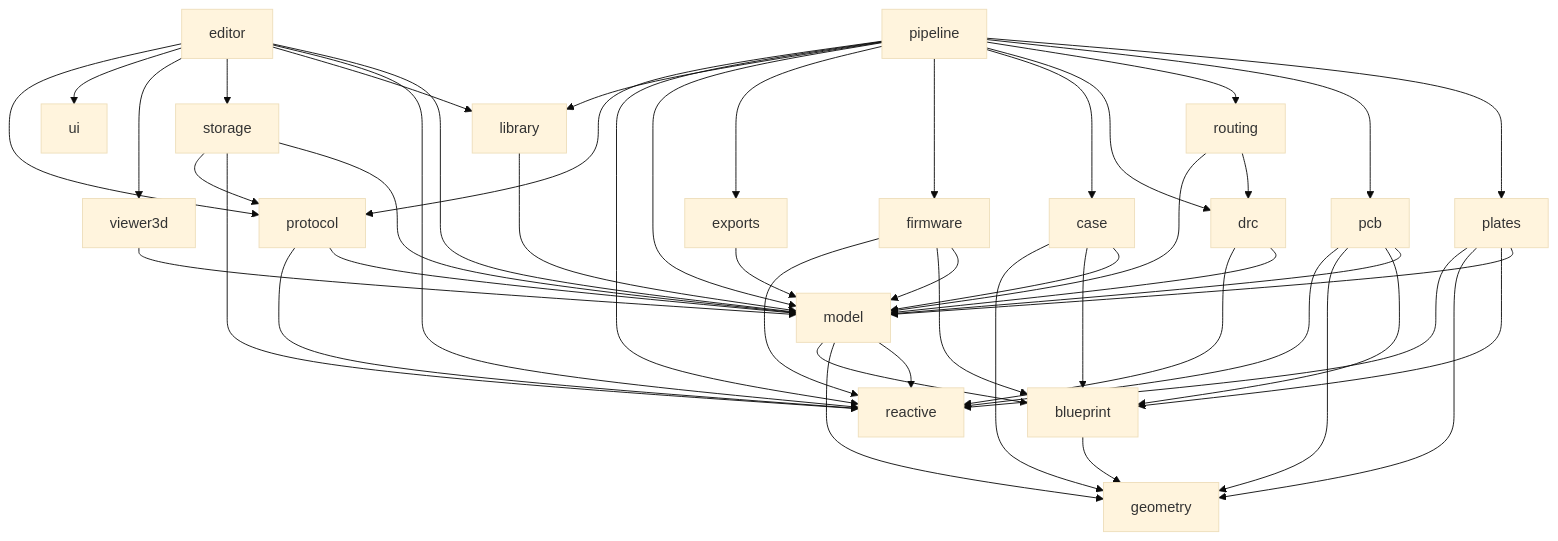
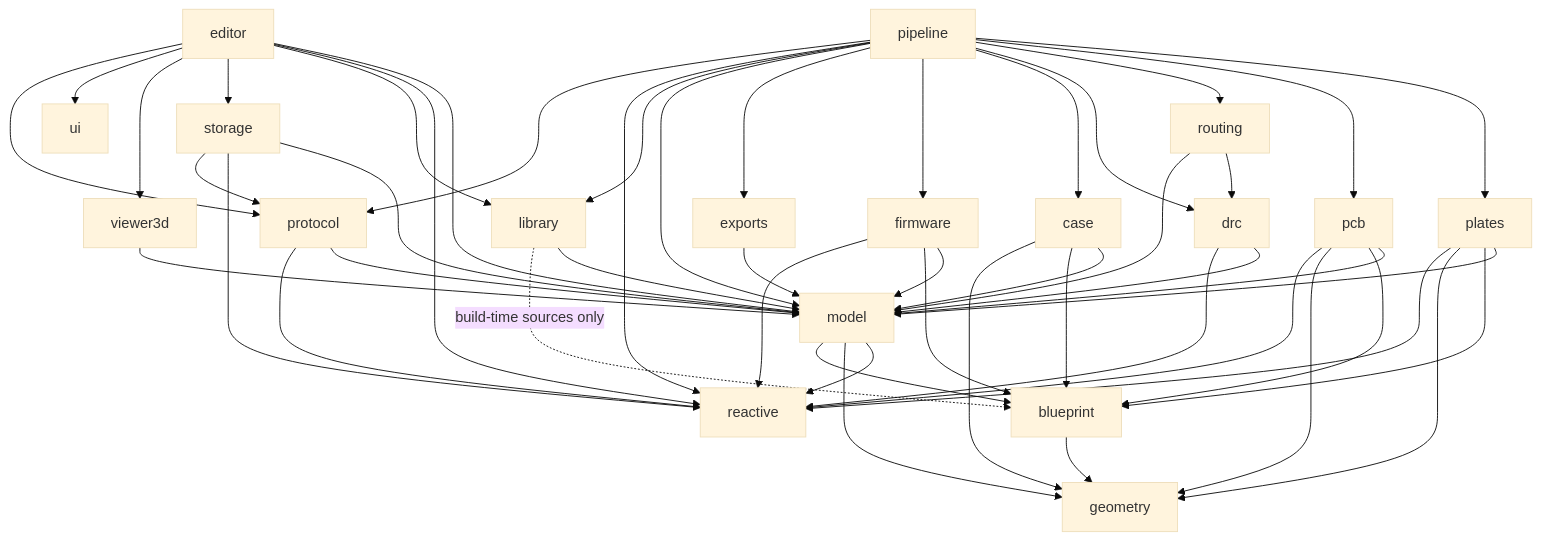
The second of 4 diagrams in _bmad-output/architecture-keeb-cad-layout-model/architecture-keeb-cad-layout-model.md (KeebCAD/keeb-cad), drawn with Mermaid (base theme) before and after one commit. The commit also changed other lines of this file and 6 other files, not shown here.

First line of the commit message:
docs: write the blueprints architecture and its gate decisions

````diff
--- a/_bmad-output/architecture-keeb-cad-layout-model/architecture-keeb-cad-layout-model.md
+++ b/_bmad-output/architecture-keeb-cad-layout-model/architecture-keeb-cad-layout-model.md
@@ -332,34 +333,35 @@
 ```mermaid
 graph TD
   editor --> model
   editor --> reactive
   editor --> library
   editor --> storage
   editor --> viewer3d
   editor --> ui
   viewer3d --> model
   pipeline --> plates & pcb & routing & drc & case & firmware & exports
   pipeline --> model
   pipeline --> library
   routing --> drc
   plates --> model
   pcb --> model
   routing --> model
   drc --> model
   case --> model
   firmware --> model
   exports --> model
   library --> model
+  library -.->|build-time sources only| blueprint
   storage --> model
   storage --> reactive
   pipeline --> reactive
   editor & pipeline & storage --> protocol
   protocol --> model & reactive
   model --> reactive & geometry & blueprint
   plates & pcb & firmware & case --> blueprint
   blueprint --> geometry
   plates --> geometry
   pcb --> geometry
   case --> geometry
   plates & pcb & firmware & drc --> reactive
 ```
````
